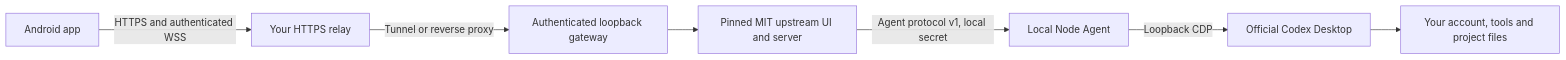
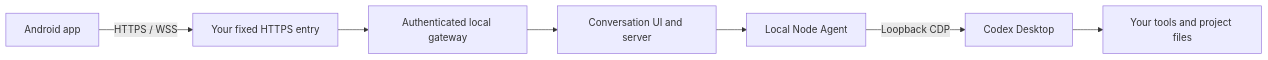
Before and after one commit to SunS1eep1ng/codex-phone: the diagram in README.md, drawn with Mermaid. The commit also changed other lines of this file and 2 other files, not shown here.

````diff
--- a/README.md
+++ b/README.md
@@ -21,9 +116,9 @@
 ```mermaid
 flowchart LR
-  Phone[Android app] -->|HTTPS and authenticated WSS| Relay[Your HTTPS relay]
-  Relay -->|Tunnel or reverse proxy| Gateway[Authenticated loopback gateway]
-  Gateway --> UI[Pinned MIT upstream UI and server]
-  UI -->|Agent protocol v1, local secret| Agent[Local Node Agent]
-  Agent -->|Loopback CDP| Desktop[Official Codex Desktop]
-  Desktop --> Files[Your account, tools and project files]
+  Phone[Android app] -->|HTTPS / WSS| Relay[Your fixed HTTPS entry]
+  Relay --> Gateway[Authenticated local gateway]
+  Gateway --> UI[Conversation UI and server]
+  UI --> Agent[Local Node Agent]
+  Agent -->|Loopback CDP| Desktop[Codex Desktop]
+  Desktop --> Files[Your tools and project files]
 ```
````
